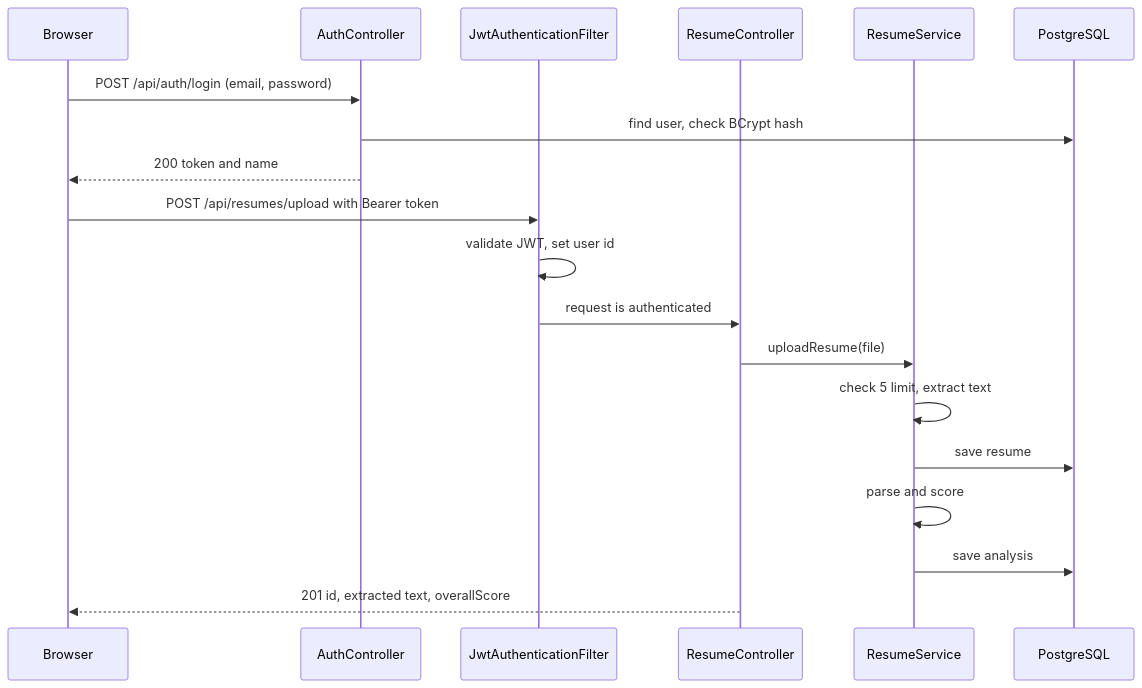
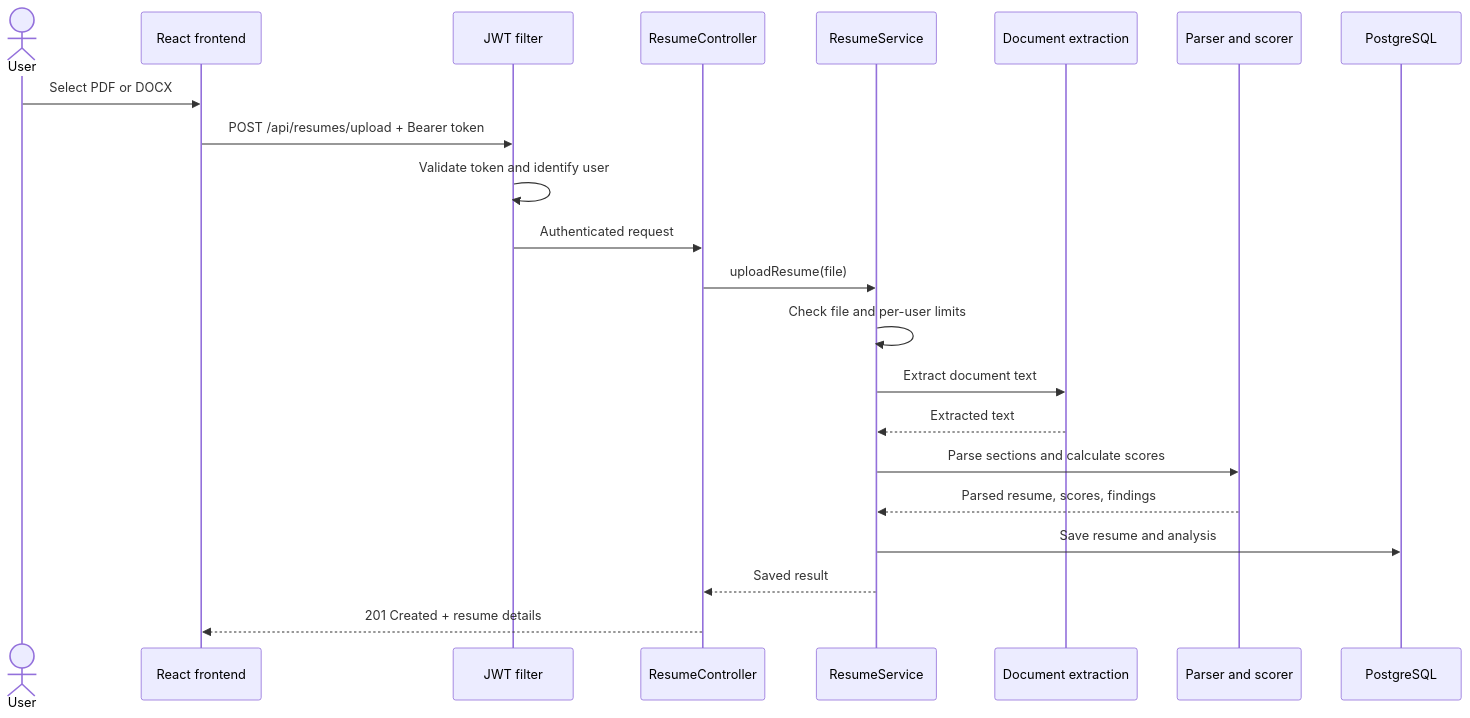
Before and after one commit to shalinchristian/Resqora: the second of 3 diagrams in README.md, drawn with Mermaid. The commit also changed other lines of this file, not shown here.

````diff
--- a/README.md
+++ b/README.md
@@ -98,22 +94,25 @@
 ```mermaid
 sequenceDiagram
-    participant U as Browser
-    participant A as AuthController
-    participant F as JwtAuthenticationFilter
-    participant R as ResumeController
+    actor User
+    participant UI as React frontend
+    participant JWT as JWT filter
+    participant C as ResumeController
     participant S as ResumeService
-    participant D as PostgreSQL
+    participant X as Document extraction
+    participant A as Parser and scorer
+    participant DB as PostgreSQL
 
-    U->>A: POST /api/auth/login (email, password)
-    A->>D: find user, check BCrypt hash
-    A-->>U: 200 token and name
-    U->>F: POST /api/resumes/upload with Bearer token
-    F->>F: validate JWT, set user id
-    F->>R: request is authenticated
-    R->>S: uploadResume(file)
-    S->>S: check 5 limit, extract text
-    S->>D: save resume
-    S->>S: parse and score
-    S->>D: save analysis
-    R-->>U: 201 id, extracted text, overallScore
+    User->>UI: Select PDF or DOCX
+    UI->>JWT: POST /api/resumes/upload + Bearer token
+    JWT->>JWT: Validate token and identify user
+    JWT->>C: Authenticated request
+    C->>S: uploadResume(file)
+    S->>S: Check file and per-user limits
+    S->>X: Extract document text
+    X-->>S: Extracted text
+    S->>A: Parse sections and calculate scores
+    A-->>S: Parsed resume, scores, findings
+    S->>DB: Save resume and analysis
+    S-->>C: Saved result
+    C-->>UI: 201 Created + resume details
 ```
````
